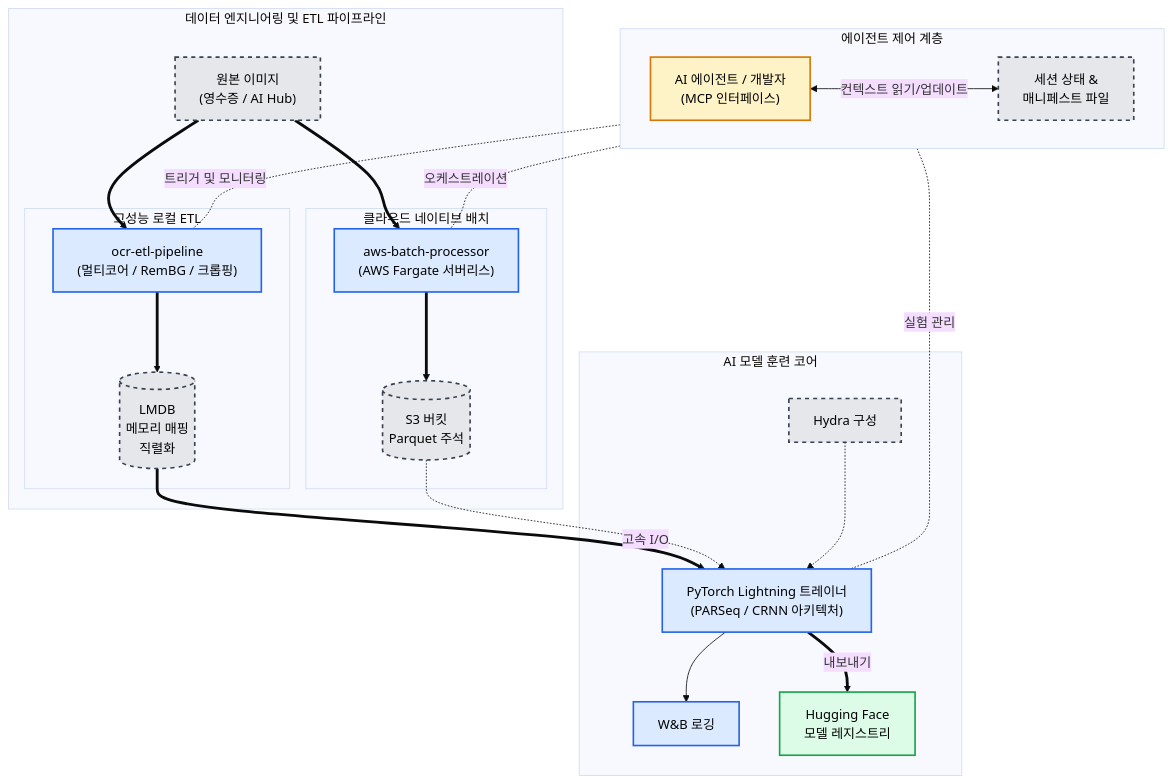
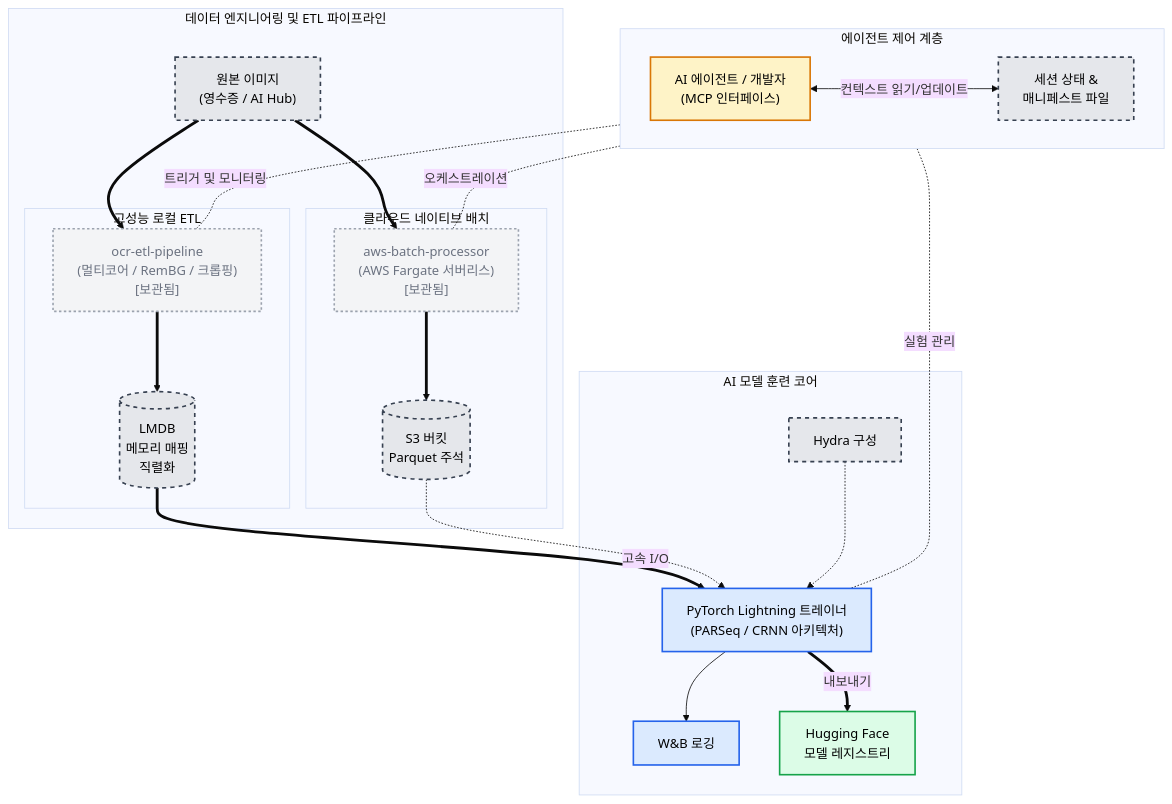
One commit to Wchoi189/upstageailab-ocr-recsys-competition-ocr-2 changed the diagram in README.ko.md. Above: the diagram before and after it, drawn with Mermaid (base theme). The commit also changed other lines of this file and 166 other files, not shown here.

Commit message:
refactor(configs): Hydra Configuration Architecture Restructuring - Phase 1-2 Complete. See "docs/artifacts/implementation_plans/2026-01-08_0359_implementation_plan_hydra-config-restructuring.md"

````diff
--- a/README.ko.md
+++ b/README.ko.md
@@ -62,55 +62,56 @@
 ```mermaid
 graph TD
     %% Styles
     classDef storage fill:#e5e7eb,stroke:#374151,stroke-width:2px,color:#000,stroke-dasharray: 5 5;
     classDef process fill:#dbeafe,stroke:#2563eb,stroke-width:2px,color:#000;
     classDef agent fill:#fef3c7,stroke:#d97706,stroke-width:2px,color:#000;
     classDef artifact fill:#dcfce7,stroke:#16a34a,stroke-width:2px,color:#000;
+    classDef archived fill:#f3f4f6,stroke:#9ca3af,stroke-width:2px,color:#6b7280,stroke-dasharray: 3 3;
 
     %% Orchestration Layer
     subgraph Orchestration["에이전트 제어 계층"]
         direction LR
         Agent["AI 에이전트 / 개발자<br/>(MCP 인터페이스)"]:::agent
         State["세션 상태 &<br/>매니페스트 파일"]:::storage
         Agent <--> |컨텍스트 읽기/업데이트| State
     end
 
     %% Data Engineering Layer
     subgraph DataOps["데이터 엔지니어링 및 ETL 파이프라인"]
         RawData["원본 이미지<br/>(영수증 / AI Hub)"]:::storage
 
         subgraph LocalPipe["고성능 로컬 ETL"]
-            ETLProc["ocr-etl-pipeline<br/>(멀티코어 / RemBG / 크롭핑)"]:::process
+            ETLProc["ocr-etl-pipeline<br/>(멀티코어 / RemBG / 크롭핑)<br/>[보관됨]"]:::archived
             LMDB[("LMDB<br/>메모리 매핑<br/>직렬화")]:::storage
         end
 
         subgraph CloudPipe["클라우드 네이티브 배치"]
-            AWSBatch["aws-batch-processor<br/>(AWS Fargate 서버리스)"]:::process
+            AWSBatch["aws-batch-processor<br/>(AWS Fargate 서버리스)<br/>[보관됨]"]:::archived
             S3Parquet[("S3 버킷<br/>Parquet 주석")]:::storage
         end
 
         RawData ==> ETLProc
         ETLProc ==> LMDB
         RawData ==> AWSBatch
         AWSBatch ==> S3Parquet
     end
 
     %% ML Core Layer
     subgraph MLCore["AI 모델 훈련 코어"]
         Hydra["Hydra 구성"]:::storage
         Trainer["PyTorch Lightning 트레이너<br/>(PARSeq / CRNN 아키텍처)"]:::process
         WandB["W&B 로깅"]:::process
         FinalModel["Hugging Face<br/>모델 레지스트리"]:::artifact
 
         LMDB =="고속 I/O"==> Trainer
         S3Parquet -.-> Trainer
         Hydra -.-> Trainer
         Trainer --> WandB
         Trainer ==>|내보내기| FinalModel
     end
 
     %% 제어 흐름
     Agent -.-|트리거 및 모니터링| ETLProc
     Agent -.-|오케스트레이션| AWSBatch
     Agent -.-|실험 관리| Trainer
 ```
````
